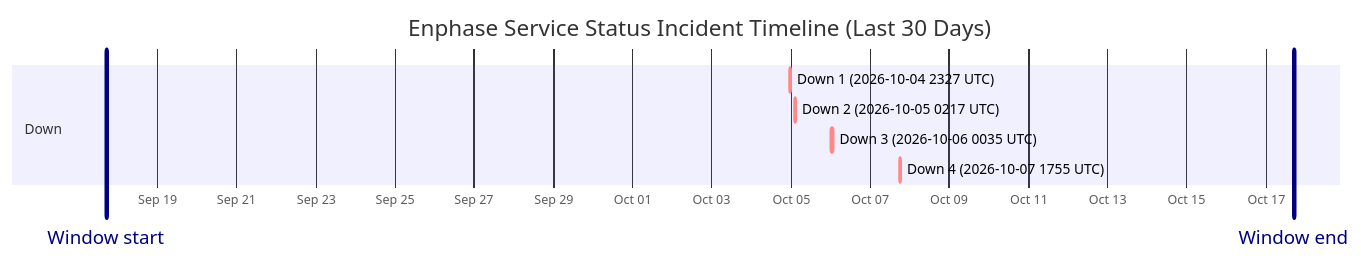
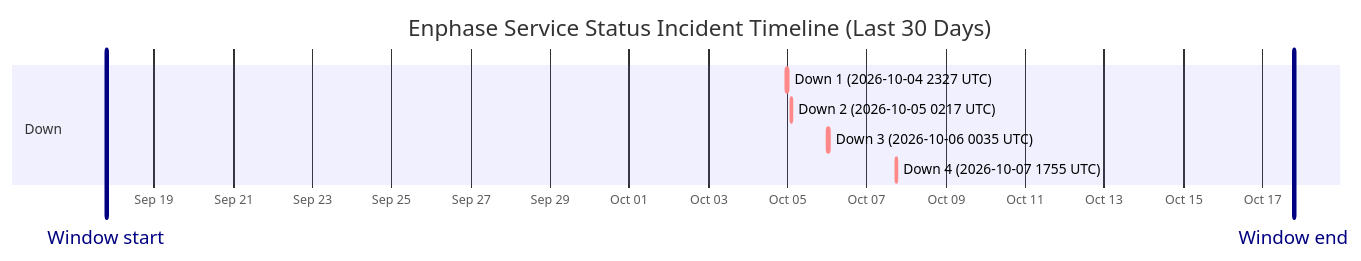
The diagram in wiki/Service-Status-History.md (barneyonline/ha-enphase-energy), drawn with Mermaid before and after one commit. The commit also changed other lines of this file and 3 other files, not shown here.

````diff
--- a/wiki/Service-Status-History.md
+++ b/wiki/Service-Status-History.md
@@ -14,13 +14,13 @@
 ```mermaid
 gantt
     title Enphase Service Status Incident Timeline (Last 30 Days)
     dateFormat  YYYY-MM-DDTHH:mm:ss
     axisFormat  %b %d
-    Window start :vert, window-start, 2026-09-17T16:50:32, 0ms
-    Window end :vert, window-end, 2026-10-17T16:50:32, 0ms
+    Window start :vert, window-start, 2026-09-17T19:01:12, 0ms
+    Window end :vert, window-end, 2026-10-17T19:01:12, 0ms
     section Down
     Down 1 (2026-10-04 2327 UTC) :crit, down-1, 2026-10-04T23:27:34, 60m
     Down 2 (2026-10-05 0217 UTC) :crit, down-2, 2026-10-05T02:17:30, 60m
     Down 3 (2026-10-06 0035 UTC) :crit, down-3, 2026-10-06T00:35:21, 60m
     Down 4 (2026-10-07 1755 UTC) :crit, down-4, 2026-10-07T17:55:16, 60m
 ```
````
